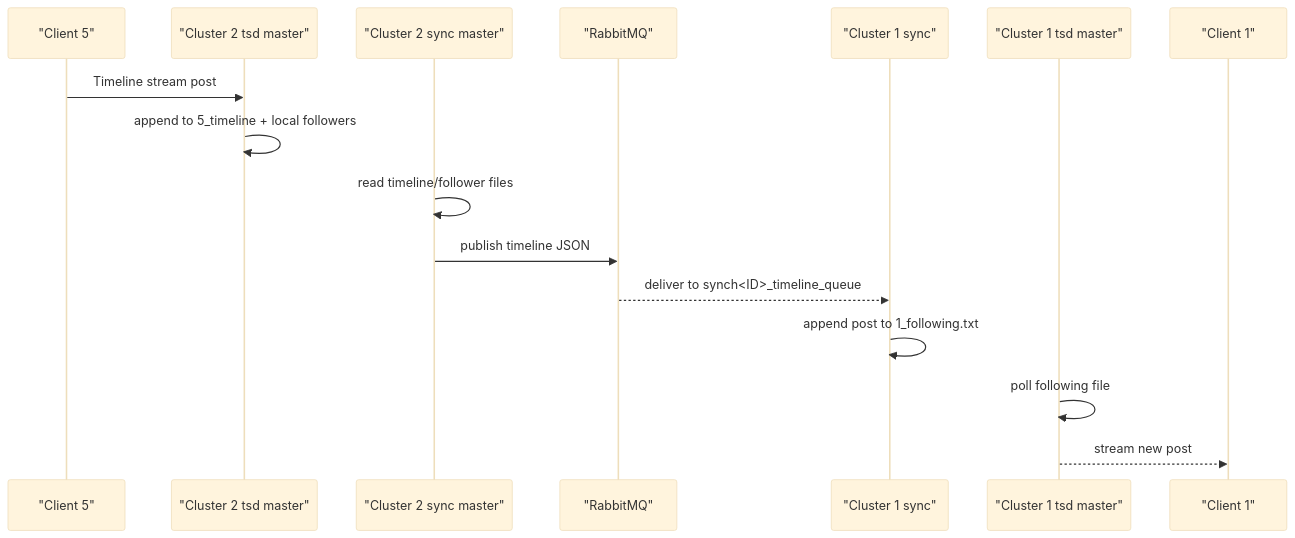
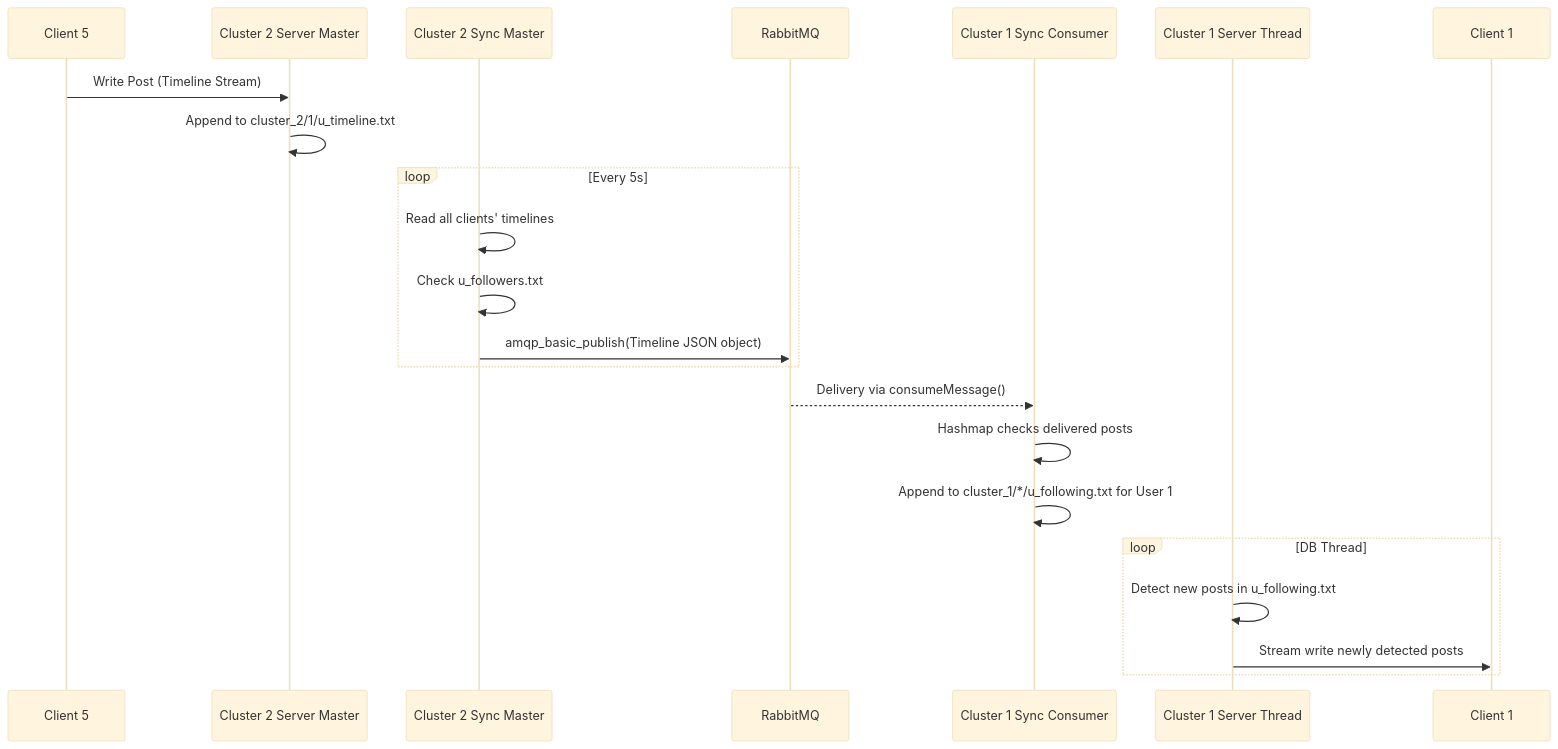
Before and after one commit to NitishM2022/DistributedTwitterClone: the fourth of 5 diagrams in README.md, drawn with Mermaid (base theme). The commit also changed other lines of this file and 11 other files, not shown here.

Commit message:
Refactor MP2-2 Documentation: Detailed diagrams, move images to root, create example.md

````diff
--- a/README.md
+++ b/README.md
@@ -208,19 +178,28 @@
 ```mermaid
 sequenceDiagram
-  participant U5 as "Client 5"
-  participant S2 as "Cluster 2 tsd master"
-  participant Y2 as "Cluster 2 sync master"
-  participant MQ as "RabbitMQ"
-  participant Y1 as "Cluster 1 sync"
-  participant S1 as "Cluster 1 tsd master"
-  participant U1 as "Client 1"
+    participant U5 as Client 5
+    participant S2M as Cluster 2 Server Master
+    participant Y2M as Cluster 2 Sync Master
+    participant MQ as RabbitMQ
+    participant Y1C as Cluster 1 Sync Consumer
+    participant S1M as Cluster 1 Server Thread
+    participant U1 as Client 1
 
-  U5->>S2: Timeline stream post
-  S2->>S2: append to 5_timeline + local followers
-  Y2->>Y2: read timeline/follower files
-  Y2->>MQ: publish timeline JSON
-  MQ-->>Y1: deliver to synch<ID>_timeline_queue
-  Y1->>Y1: append post to 1_following.txt
-  S1->>S1: poll following file
-  S1-->>U1: stream new post
+    U5->>S2M: Write Post (Timeline Stream)
+    S2M->>S2M: Append to cluster_2/1/u_timeline.txt
+
+    loop Every 5s
+        Y2M->>Y2M: Read all clients' timelines
+        Y2M->>Y2M: Check u_followers.txt
+        Y2M->>MQ: amqp_basic_publish(Timeline JSON object)
+    end
+
+    MQ-->>Y1C: Delivery via consumeMessage()
+    Y1C->>Y1C: Hashmap checks delivered posts
+    Y1C->>Y1C: Append to cluster_1/*/u_following.txt for User 1
+
+    loop DB Thread
+        S1M->>S1M: Detect new posts in u_following.txt
+        S1M->>U1: Stream write newly detected posts
+    end
 ```
````
